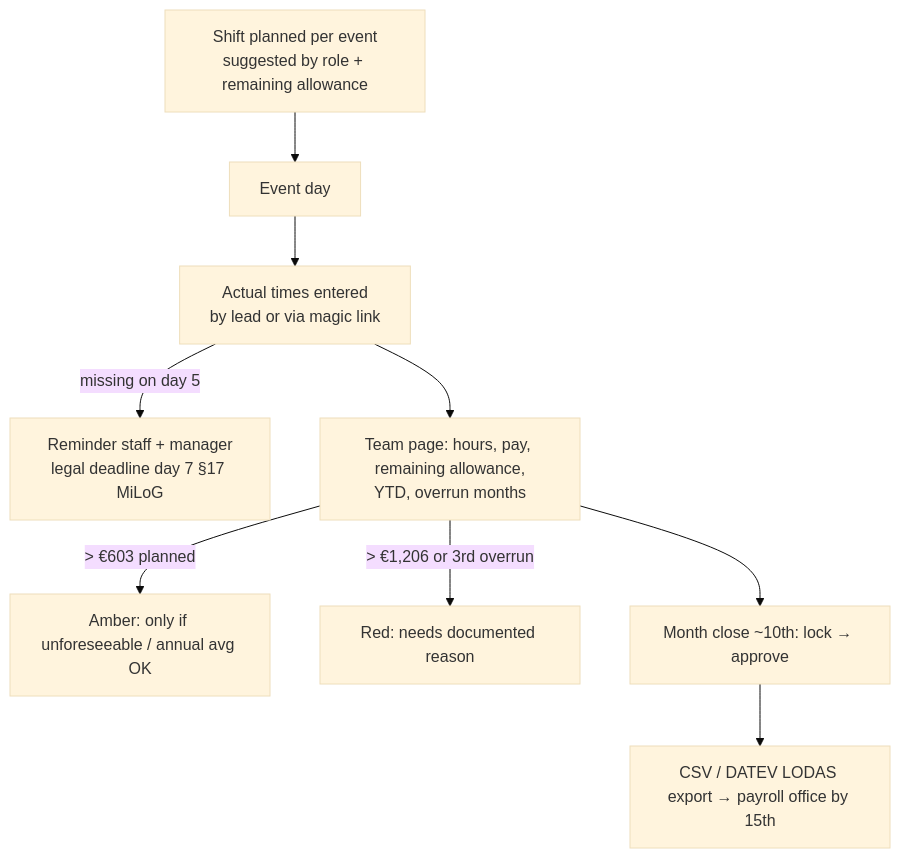
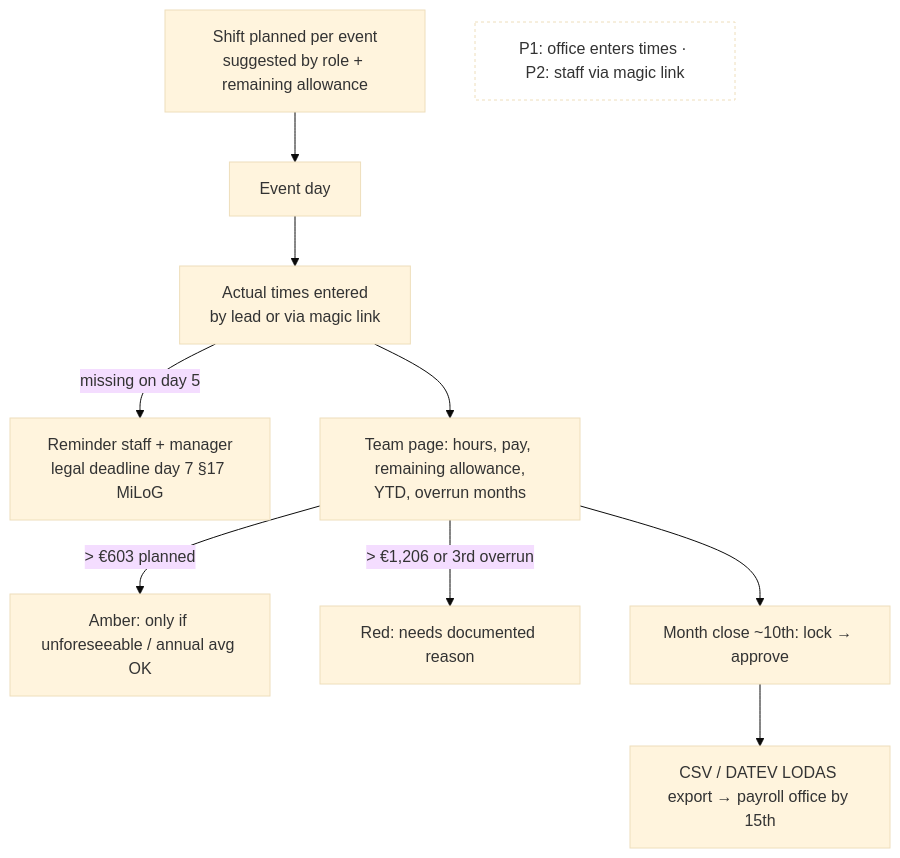
Before and after one commit to coelln-konzept/marktwerk: the seventh of 12 diagrams in docs/product/user-flows.md, drawn with Mermaid (base theme). The commit also changed other lines of this file and 21 other files, not shown here.

````diff
--- a/docs/product/user-flows.md
+++ b/docs/product/user-flows.md
@@ -104,11 +107,13 @@
 ```mermaid
 flowchart TD
     SH[Shift planned per event<br/>suggested by role + remaining allowance] --> W[Event day]
     W --> T[Actual times entered<br/>by lead or via magic link]
     T -->|missing on day 5| AL[Reminder staff + manager<br/>legal deadline day 7 §17 MiLoG]
     T --> TP[Team page: hours, pay, remaining allowance,<br/>YTD, overrun months]
+    note1[P1: office enters times · P2: staff via magic link]:::n
+    classDef n fill:none,stroke-dasharray: 3 3
     TP -->|> €603 planned| AM[Amber: only if unforeseeable / annual avg OK]
     TP -->|> €1,206 or 3rd overrun| RD[Red: needs documented reason]
     TP --> MC[Month close ~10th: lock → approve]
     MC --> EX[CSV / DATEV LODAS export → payroll office by 15th]
 ```
````
